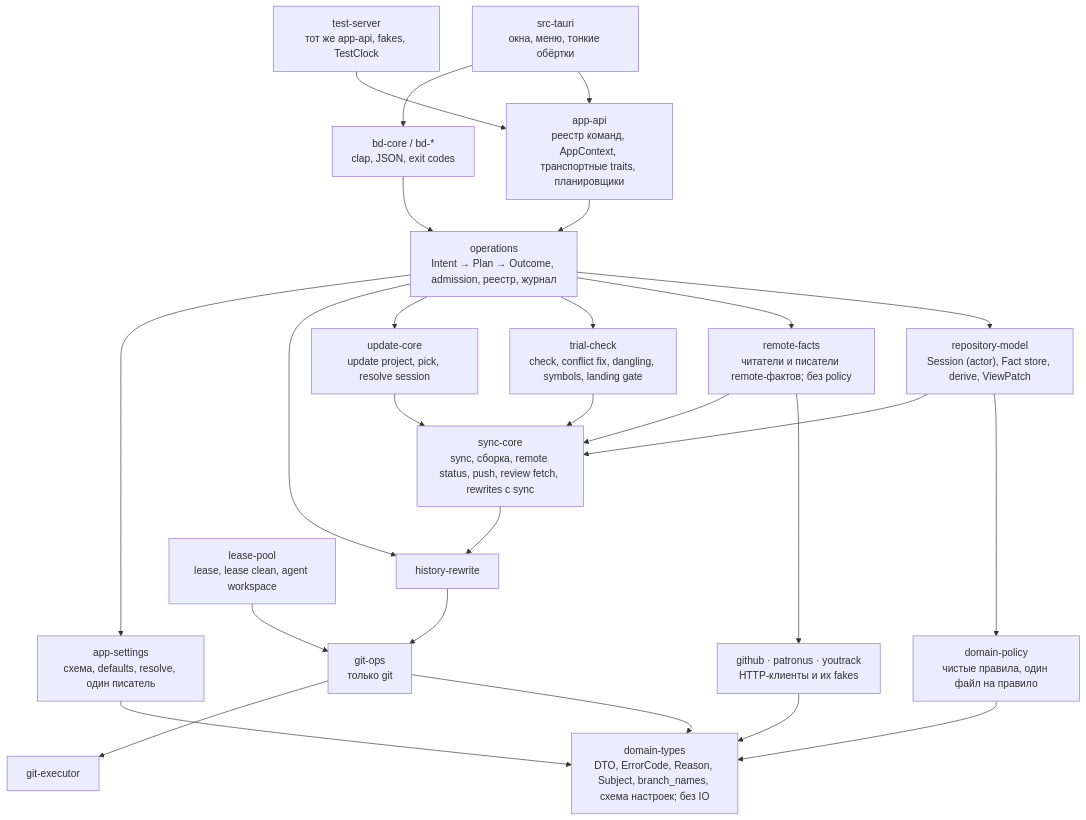
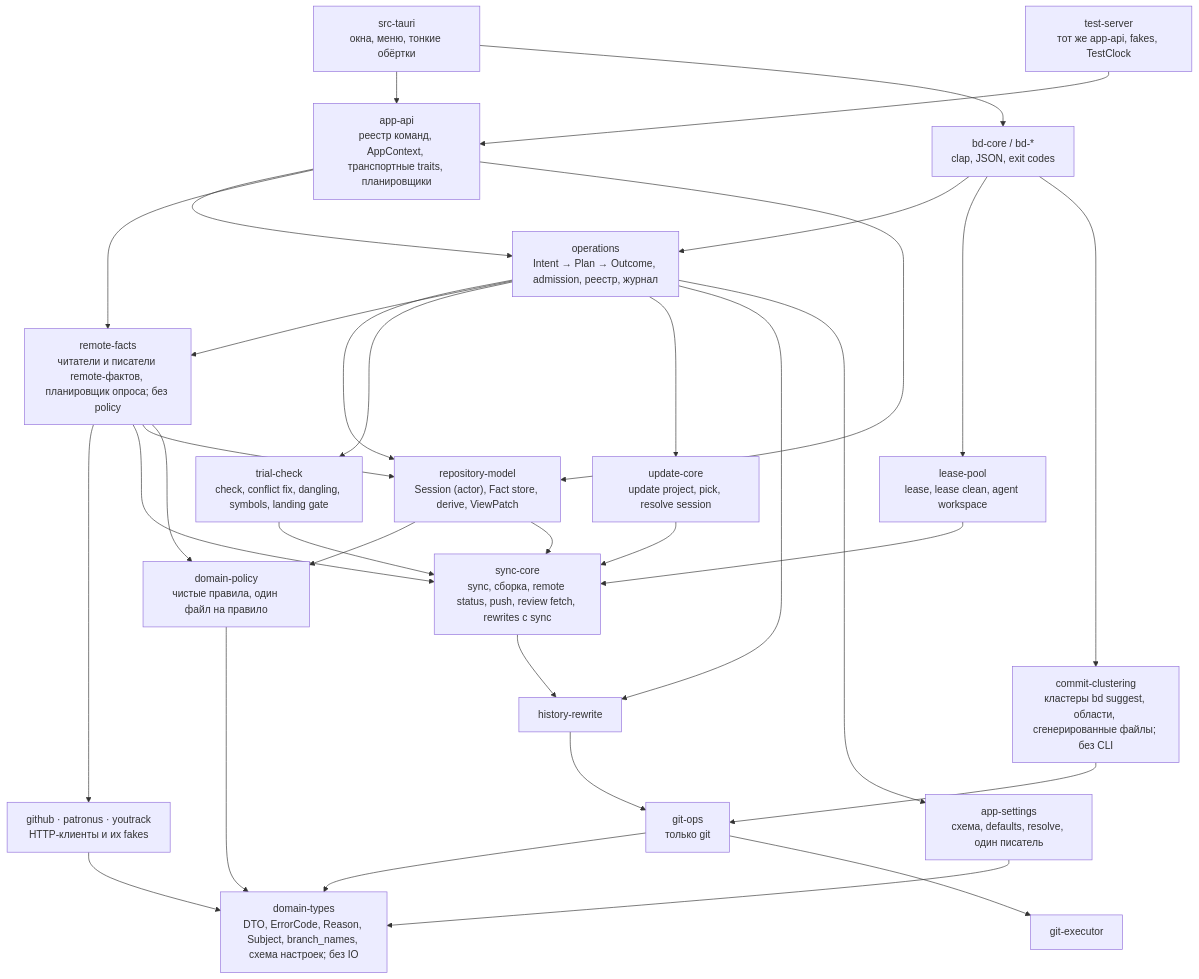
The first of 2 diagrams in docs/design/rust-domain-authority.md (develar/branch-deck), drawn with Mermaid before and after one commit. The commit also changed other lines of this file, not shown here.

First line of the commit message:
docs(architecture): correct the Rust domain authority plan against master f3bea2b9

````diff
--- a/docs/design/rust-domain-authority.md
+++ b/docs/design/rust-domain-authority.md
@@ -143,22 +144,23 @@
 ```mermaid
 flowchart TD
   T["domain-types<br/>DTO, ErrorCode, Reason, Subject, branch_names, схема настроек; без IO"]
   P["domain-policy<br/>чистые правила, один файл на правило"] --> T
   E["git-executor"]
   G["git-ops<br/>только git"] --> T & E
   H["history-rewrite"] --> G
   S["sync-core<br/>sync, сборка, remote status, push, review fetch, rewrites с sync"] --> H
   C["trial-check<br/>check, conflict fix, dangling, symbols, landing gate"] --> S
   U["update-core<br/>update project, pick, resolve session"] --> S
-  L["lease-pool<br/>lease, lease clean, agent workspace"] --> G
+  L["lease-pool<br/>lease, lease clean, agent workspace"] --> S
+  CL["commit-clustering<br/>кластеры bd suggest, области, сгенерированные файлы; без CLI"] --> G
   GH["github · patronus · youtrack<br/>HTTP-клиенты и их fakes"] --> T
-  RF["remote-facts<br/>читатели и писатели remote-фактов; без policy"] --> GH & S
+  RF["remote-facts<br/>читатели и писатели remote-фактов, планировщик опроса; без policy"] --> GH & S & M & P
   M["repository-model<br/>Session (actor), Fact store, derive, ViewPatch"] --> P & S
   ST["app-settings<br/>схема, defaults, resolve, один писатель"] --> T
   O["operations<br/>Intent → Plan → Outcome, admission, реестр, журнал"] --> M & RF & C & U & H & ST
-  API["app-api<br/>реестр команд, AppContext, транспортные traits, планировщики"] --> O
+  API["app-api<br/>реестр команд, AppContext, транспортные traits, планировщики"] --> O & RF & M
   TAURI["src-tauri<br/>окна, меню, тонкие обёртки"] --> API
   TS["test-server<br/>тот же app-api, fakes, TestClock"] --> API
-  BD["bd-core / bd-*<br/>clap, JSON, exit codes"] --> O
+  BD["bd-core / bd-*<br/>clap, JSON, exit codes"] --> O & L & CL
   TAURI --> BD
 ```
````
